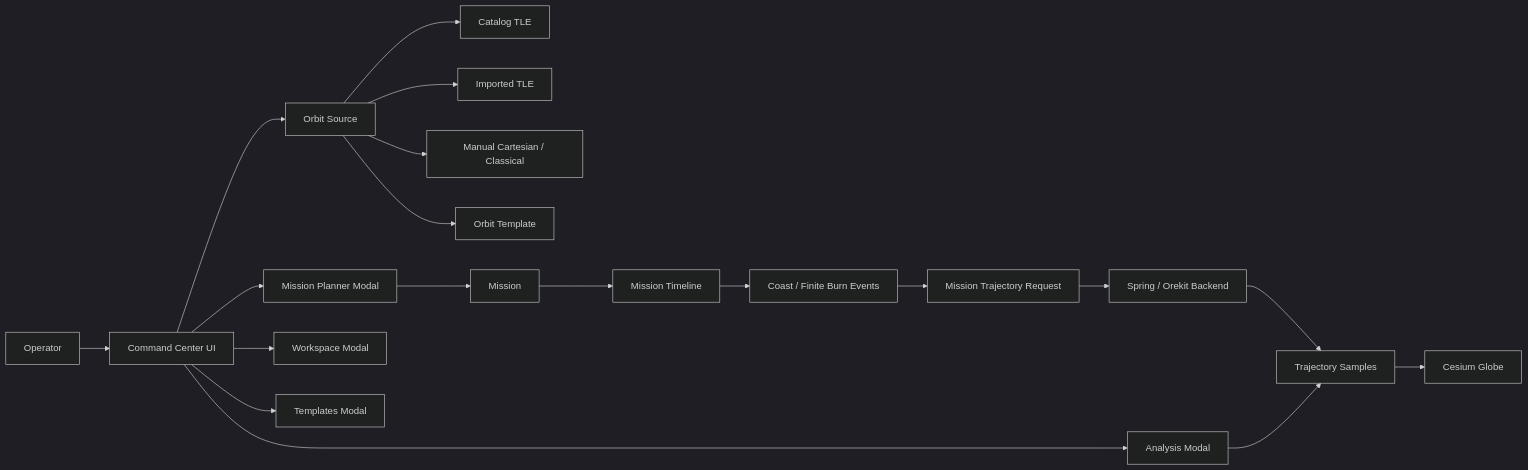
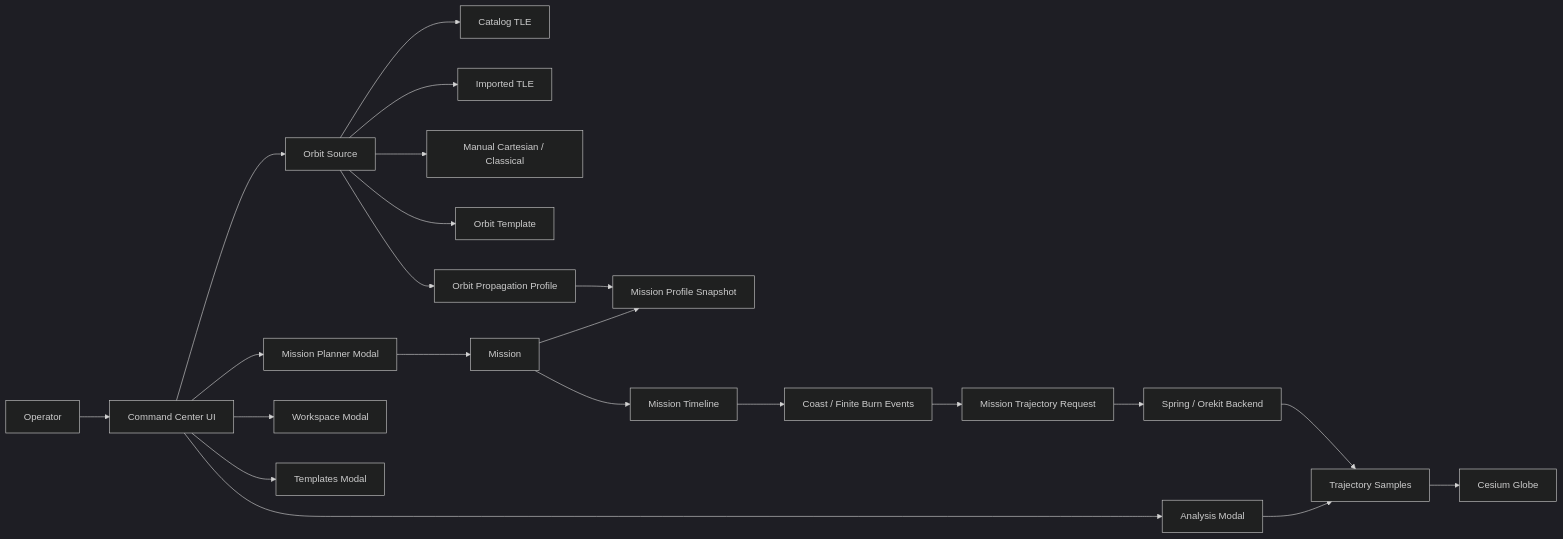
Before and after one commit to MadhuSaini22/orbital-visualization-engine: the first of 8 diagrams in README.md, drawn with Mermaid (dark theme). The commit also changed other lines of this file and 16 other files, not shown here.

First line of the commit message:
feat(propagation): unify propagation profiles across orbit and mission lifecycle

````diff
--- a/README.md
+++ b/README.md
@@ -15,24 +15,27 @@
 ```mermaid
 flowchart LR
   Operator[Operator] --> UI[Command Center UI]
   UI --> OrbitSource[Orbit Source]
   UI --> MissionPlanner[Mission Planner Modal]
   UI --> Analysis[Analysis Modal]
   UI --> Workspace[Workspace Modal]
   UI --> Templates[Templates Modal]
 
   OrbitSource --> Catalog[Catalog TLE]
   OrbitSource --> ImportedTle[Imported TLE]
   OrbitSource --> ManualOrbit[Manual Cartesian / Classical]
   OrbitSource --> OrbitTemplate[Orbit Template]
 
+  OrbitSource --> SourceProfile[Orbit Propagation Profile]
   MissionPlanner --> Mission[Mission]
+  SourceProfile --> MissionProfile[Mission Profile Snapshot]
+  Mission --> MissionProfile
   Mission --> Timeline[Mission Timeline]
   Timeline --> Events[Coast / Finite Burn Events]
   Events --> TrajectoryRequest[Mission Trajectory Request]
 
   TrajectoryRequest --> Backend[Spring / Orekit Backend]
   Backend --> Samples[Trajectory Samples]
   Samples --> Cesium[Cesium Globe]
   Analysis --> Samples
 ```
````
